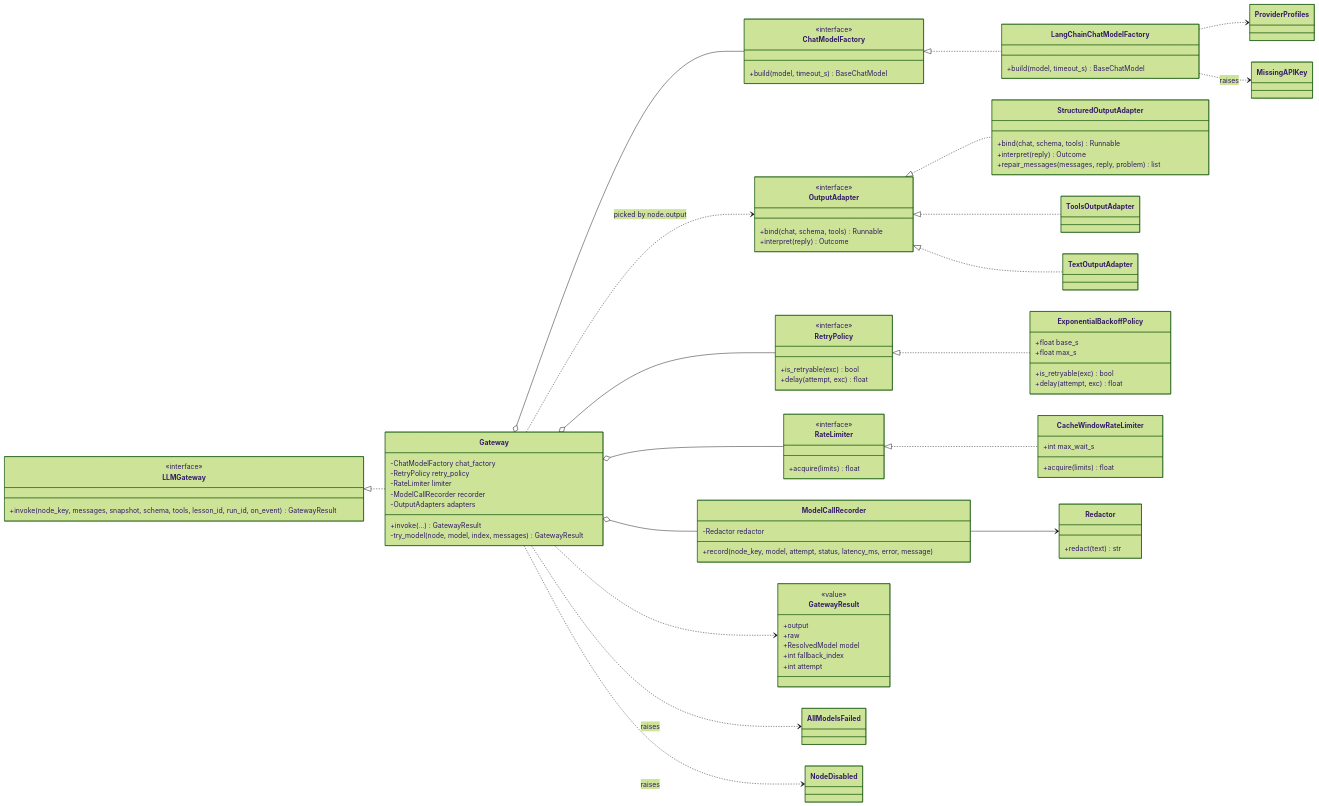
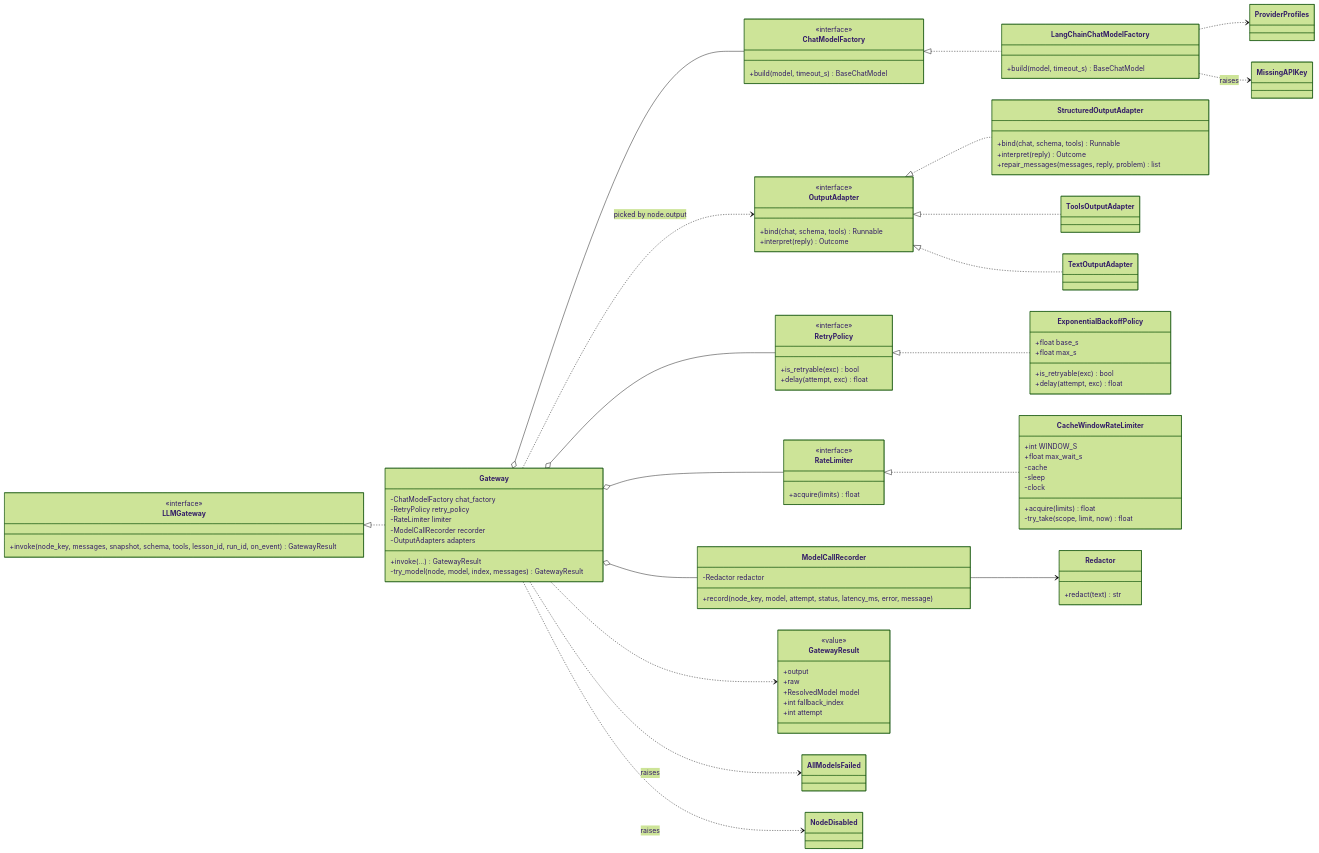
One commit to Satyamkumarjha4/Intelilearn changed the fifth of 14 diagrams in docs/design.md. Above: the diagram before and after it, drawn with Mermaid (forest theme). The commit also changed other lines of this file and 5 other files, not shown here.

First line of the commit message:
refactor(llm_registry): CacheWindowRateLimiter behind a RateLimiter port

```diff
--- a/docs/design.md
+++ b/docs/design.md
@@ -466,8 +466,13 @@
         +acquire(limits) float
     }
     class CacheWindowRateLimiter {
-        +int max_wait_s
+        +int WINDOW_S
+        +float max_wait_s
+        -cache
+        -sleep
+        -clock
         +acquire(limits) float
+        -try_take(scope, limit, now) float
     }
     class ModelCallRecorder {
         -Redactor redactor
```
